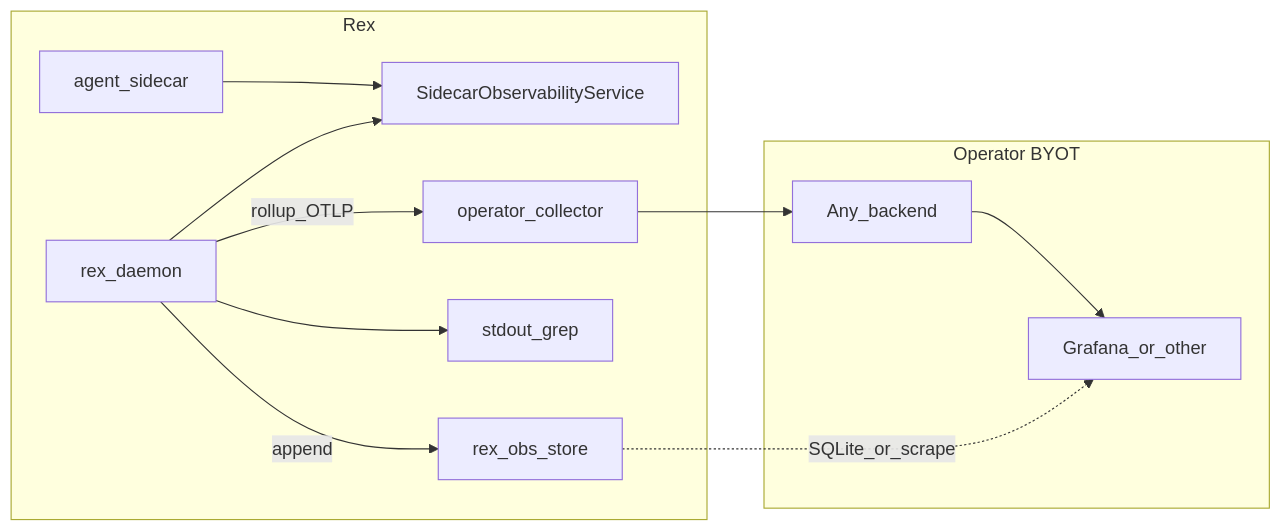
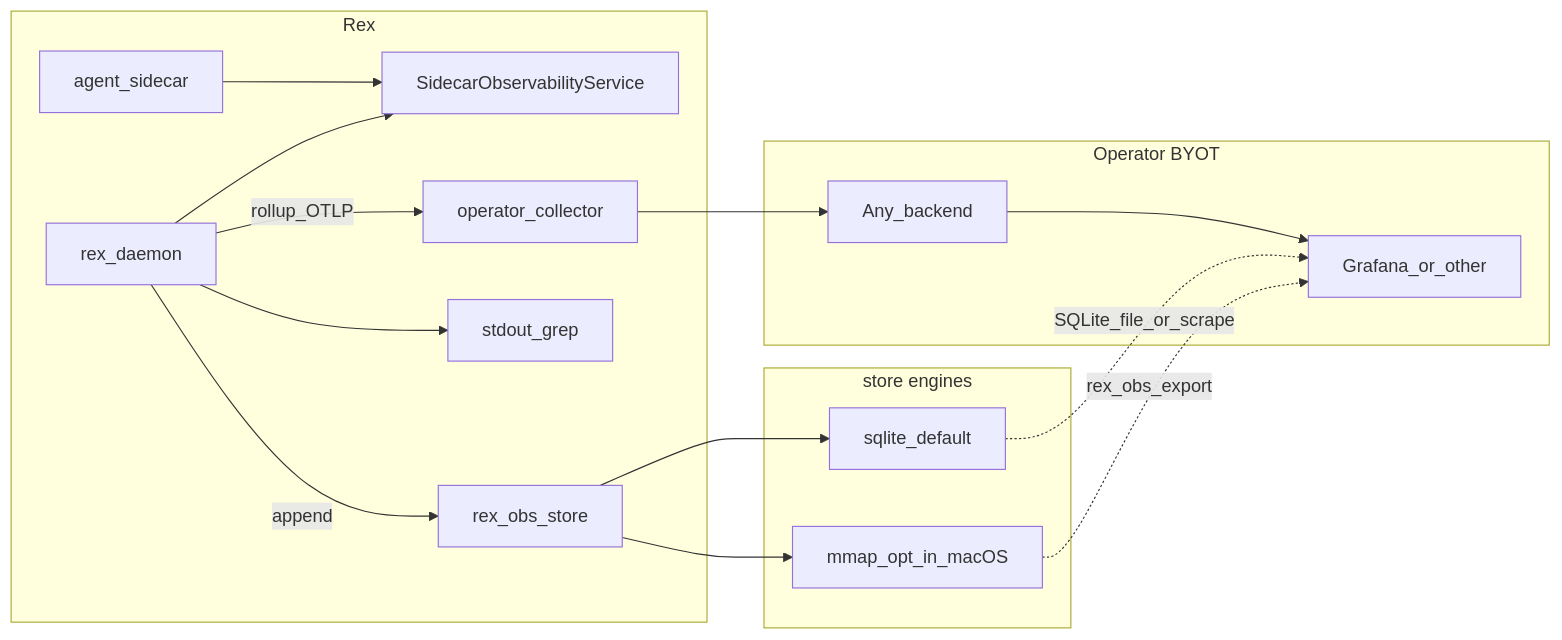
The first of 2 diagrams in docs/OBSERVABILITY_AND_ECONOMICS.md (thsfranca/rex), drawn with Mermaid before and after one commit. The commit also changed other lines of this file and 12 other files, not shown here.

First line of the commit message:
docs: dual economics store engines and mmap format spec (#260)

````diff
--- a/docs/OBSERVABILITY_AND_ECONOMICS.md
+++ b/docs/OBSERVABILITY_AND_ECONOMICS.md
@@ -54,20 +54,25 @@
 ```mermaid
 flowchart LR
   subgraph rex [Rex]
     daemon[rex_daemon]
     sidecar[agent_sidecar]
     api[SidecarObservabilityService]
     store[rex_obs_store]
     stdout[stdout_grep]
     sidecar --> api
     daemon --> api
     daemon -->|append| store
     daemon -->|rollup_OTLP| otlpOut[operator_collector]
     daemon --> stdout
   end
+  subgraph engines [store engines]
+    store --> sqliteEng[sqlite_default]
+    store --> mmapEng[mmap_opt_in_macOS]
+  end
   subgraph byot [Operator BYOT]
     otlpOut --> backend[Any_backend]
     backend --> ui[Grafana_or_other]
-    store -.->|SQLite_or_scrape| ui
+    sqliteEng -.->|SQLite_file_or_scrape| ui
+    mmapEng -.->|rex_obs_export| ui
   end
 ```
````
